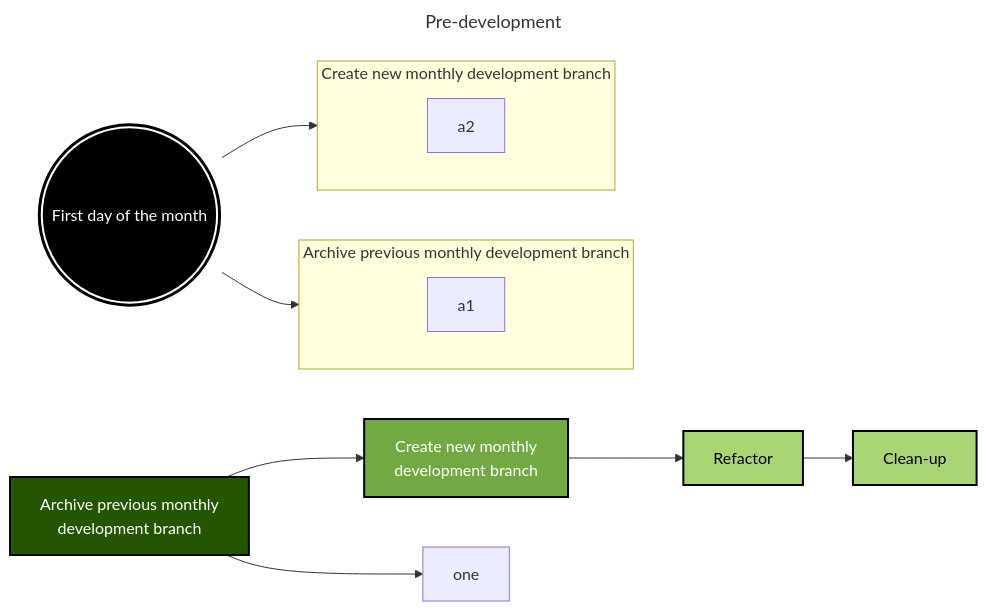
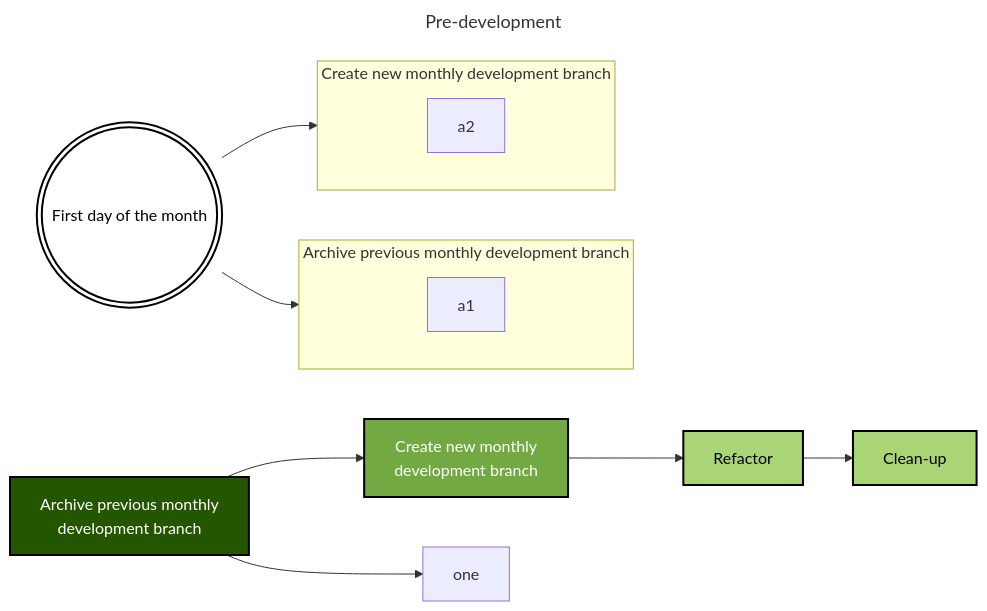
Before and after one commit to spectrum-health-systems/Abatab: the second of 3 diagrams in README_development.md, drawn with Mermaid.

````diff
--- a/README_development.md
+++ b/README_development.md
@@ -96,30 +96,30 @@
 ```mermaid
 ---
 title: Pre-development
 ---
 flowchart LR
   FirstDayOfTheMonth((("First day of the month"))) --> sgArchivePrevious
   FirstDayOfTheMonth((("First day of the month"))) --> sgCreateNew
   
   ArchivePreviousMonthlyDevelopmentBranch["Archive previous monthly\n development branch"] --> CreateNewMonthlyDevelopmentBranch[Create new monthly\ndevelopment branch]
   CreateNewMonthlyDevelopmentBranch --> Refactor[Refactor] --> CleanUp[Clean-up]
   
   ArchivePreviousMonthlyDevelopmentBranch --> one
   subgraph sgArchivePrevious ["Archive previous monthly development branch"]
   a1
   end
   subgraph sgCreateNew ["Create new monthly development branch"]
   a2
   end
 
   %%classDef Green1A4301BlackBlack fill:#1A4301, color:#000000, stroke:#000000,stroke-width:2px
   classDef Green245501WhiteBlack fill:#245501, color:#FFFFFF, stroke:#000000,stroke-width:2px
   classDef Green73A942WhiteBlack fill:#73A942, color:#FFFFFF, stroke:#000000,stroke-width:2px
   classDef GreenAAD576BlackBlack fill:#AAD576, color:#000000, stroke:#000000,stroke-width:2px
-  classDef WhiteBlackBlack fill:#000000, color:#FFFFFF, stroke:#FFFFFF,stroke-width:2px
+  classDef WhiteBlackBlack fill:#FFFFFF, color:#000000, stroke:#000000,stroke-width:2px
   
   class ArchivePreviousMonthlyDevelopmentBranch Green245501WhiteBlack
   class CreateNewMonthlyDevelopmentBranch Green73A942WhiteBlack
   class Refactor,CleanUp GreenAAD576BlackBlack
   class FirstDayOfTheMonth WhiteBlackBlack
 ```
````
